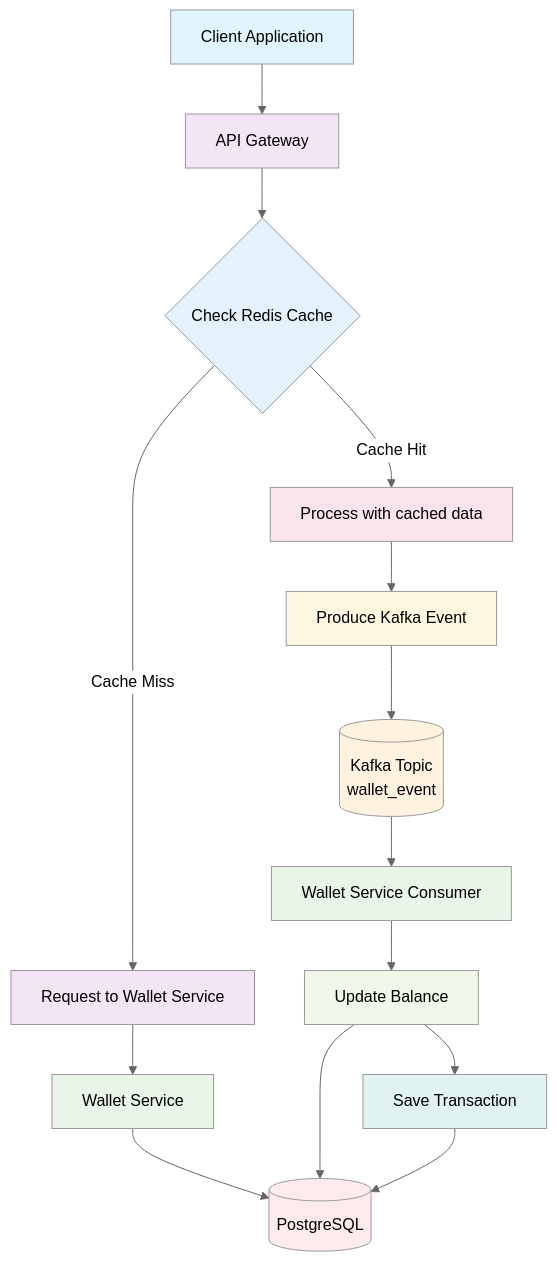
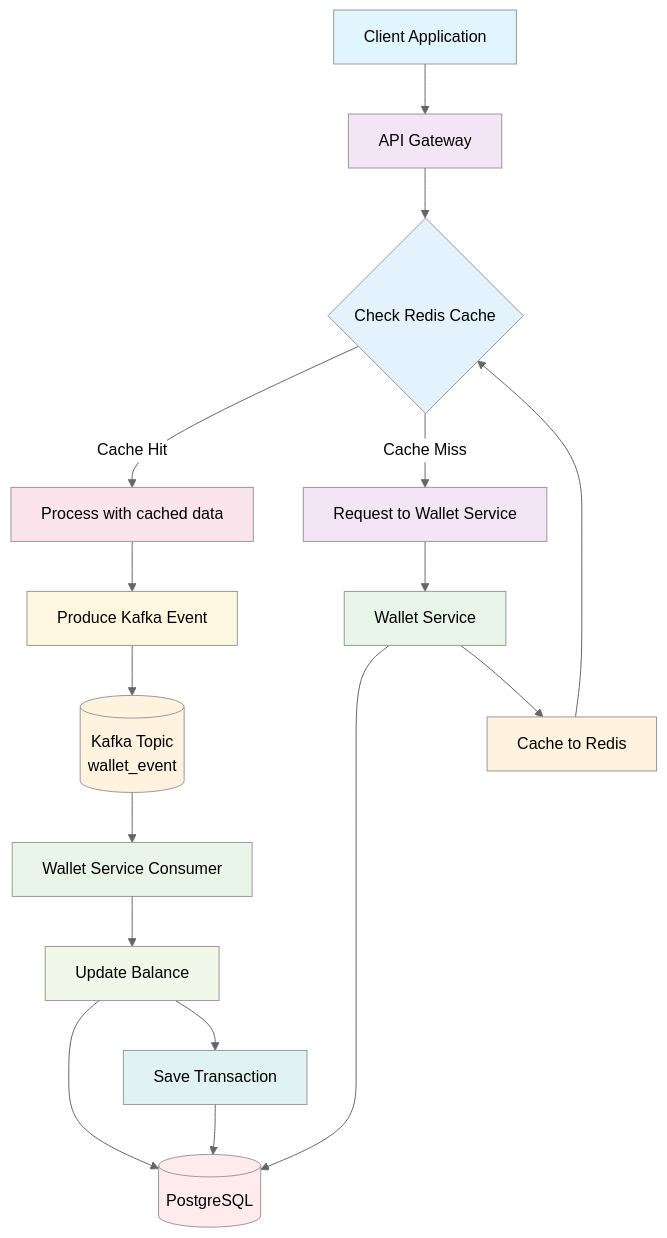
Before and after one commit to Romanenko3490/wallet-test: the diagram in README.md, drawn with Mermaid (neutral theme).

Commit message:
Complete tests + 2 EndPoints

````diff
--- a/README.md
+++ b/README.md
@@ -8,34 +8,37 @@
 ```mermaid
 flowchart TD
     Client[Client Application] --> Gateway[API Gateway]
     
     Gateway --> RedisCheck{Check Redis Cache}
     RedisCheck -->|Cache Hit| ProcessWithCache[Process with cached data]
     RedisCheck -->|Cache Miss| WalletServiceReq[Request to Wallet Service]
     
     WalletServiceReq --> WalletService[Wallet Service]
     WalletService --> PostgreSQL[(PostgreSQL)]
+    WalletService --> CacheUpdate[Cache to Redis]
+    CacheUpdate --> RedisCheck
     
     ProcessWithCache --> KafkaProduce[Produce Kafka Event]
     KafkaProduce --> Kafka[(Kafka Topic<br/>wallet_event)]
     
     Kafka --> KafkaConsumer[Wallet Service Consumer]
     KafkaConsumer --> BalanceUpdate[Update Balance]
     BalanceUpdate --> PostgreSQL
     BalanceUpdate --> SaveTransaction[Save Transaction]
     SaveTransaction --> PostgreSQL
     
     style Client fill:#e1f5fe,color:#000000
     style Gateway fill:#f3e5f5,color:#000000
     style WalletService fill:#e8f5e8,color:#000000
     style Kafka fill:#fff3e0,color:#000000
     style PostgreSQL fill:#ffebee,color:#000000
     style RedisCheck fill:#e3f2fd,color:#000000
     style ProcessWithCache fill:#fce4ec,color:#000000
     style WalletServiceReq fill:#f3e5f5,color:#000000
     style KafkaProduce fill:#fff8e1,color:#000000
     style KafkaConsumer fill:#e8f5e8,color:#000000
     style BalanceUpdate fill:#f1f8e9,color:#000000
     style SaveTransaction fill:#e0f2f1,color:#000000
+    style CacheUpdate fill:#fff3e0,color:#000000
 
 ```
````
